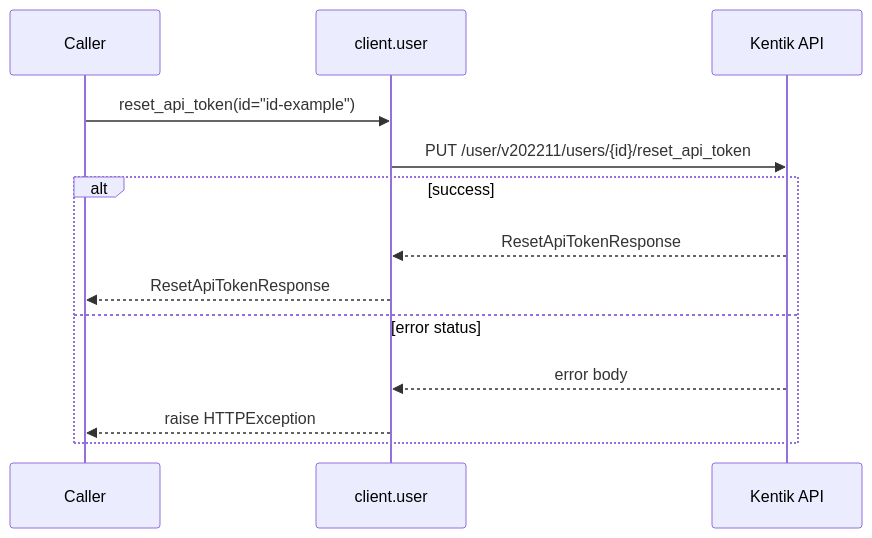
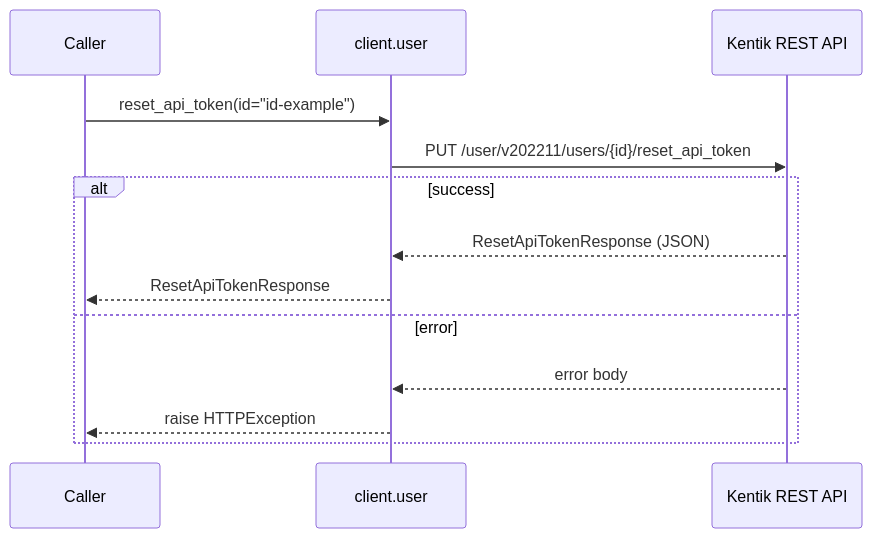
One commit to alexdearaujo/community_sdk_python changed diagram 14 of 16 in docs/sphinx/services/user.md. Above: the diagram before and after it, drawn with Mermaid. The commit also changed other lines of this file and 61 other files, not shown here.

````diff
--- a/docs/sphinx/services/user.md
+++ b/docs/sphinx/services/user.md
@@ -327,16 +479,16 @@
 ```mermaid
 sequenceDiagram
     participant C as Caller
     participant W as client.user
-    participant API as Kentik API
+    participant API as Kentik REST API
 
     C->>W: reset_api_token(id="id-example")
     W->>API: PUT /user/v202211/users/{id}/reset_api_token
     alt success
-        API-->>W: ResetApiTokenResponse
+        API-->>W: ResetApiTokenResponse (JSON)
         W-->>C: ResetApiTokenResponse
-    else error status
+    else error
         API-->>W: error body
         W-->>C: raise HTTPException
     end
 ```
````
